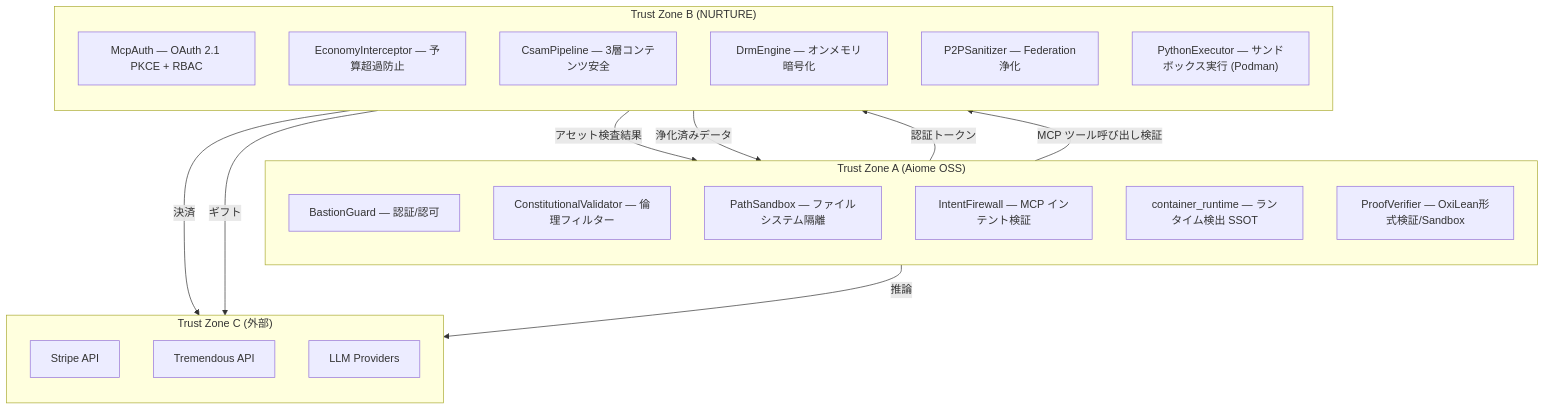
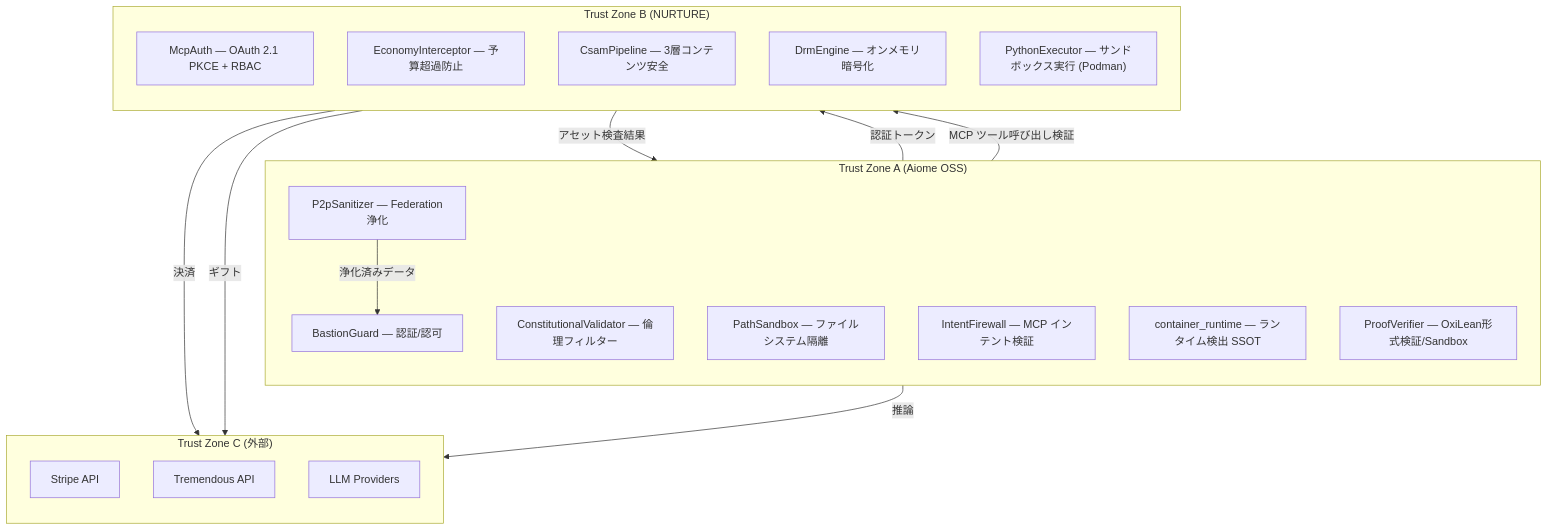
Diagram 11 of 12 in docs/architecture/AIOME_NURTURE_SYNERGY.md (for4xex-droid/modular-open-claw), drawn with Mermaid before and after one commit. The commit also changed other lines of this file and 20 other files, not shown here.

````diff
--- a/docs/architecture/AIOME_NURTURE_SYNERGY.md
+++ b/docs/architecture/AIOME_NURTURE_SYNERGY.md
@@ -728,38 +728,38 @@
 ```mermaid
 graph TB
     subgraph "Trust Zone A (Aiome OSS)"
         direction TB
         A1["BastionGuard — 認証/認可"]
         A2["ConstitutionalValidator — 倫理フィルター"]
         A3["PathSandbox — ファイルシステム隔離"]
         A4["IntentFirewall — MCP インテント検証"]
         A5["container_runtime — ランタイム検出 SSOT"]
         A6["ProofVerifier — OxiLean形式検証/Sandbox"]
+        A7["P2pSanitizer — Federation浄化"]
     end
 
     subgraph "Trust Zone B (NURTURE)"
         direction TB
         B1["McpAuth — OAuth 2.1 PKCE + RBAC"]
         B2["EconomyInterceptor — 予算超過防止"]
         B3["CsamPipeline — 3層コンテンツ安全"]
         B4["DrmEngine — オンメモリ暗号化"]
-        B5["P2PSanitizer — Federation浄化"]
         B6["PythonExecutor — サンドボックス実行 (Podman)"]
     end
 
     subgraph "Trust Zone C (外部)"
         direction TB
         C1["Stripe API"]
         C2["Tremendous API"]
         C3["LLM Providers"]
     end
 
     A1 -->|認証トークン| B1
     A4 -->|MCP ツール呼び出し検証| B2
     B3 -->|アセット検査結果| A3
-    B5 -->|浄化済みデータ| A1
+    A7 -->|浄化済みデータ| A1
 
     B2 -->|決済| C1
     B2 -->|ギフト| C2
     A1 -->|推論| C3
 ```
````
